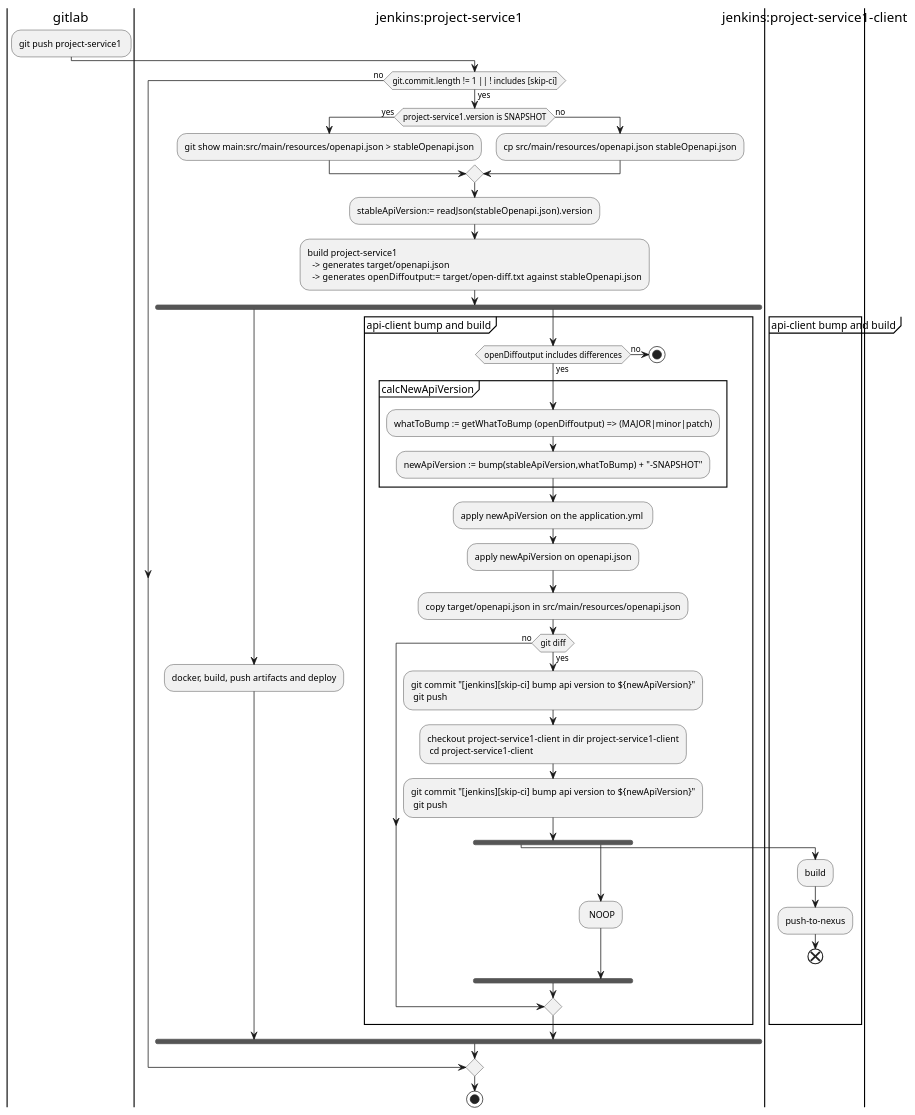
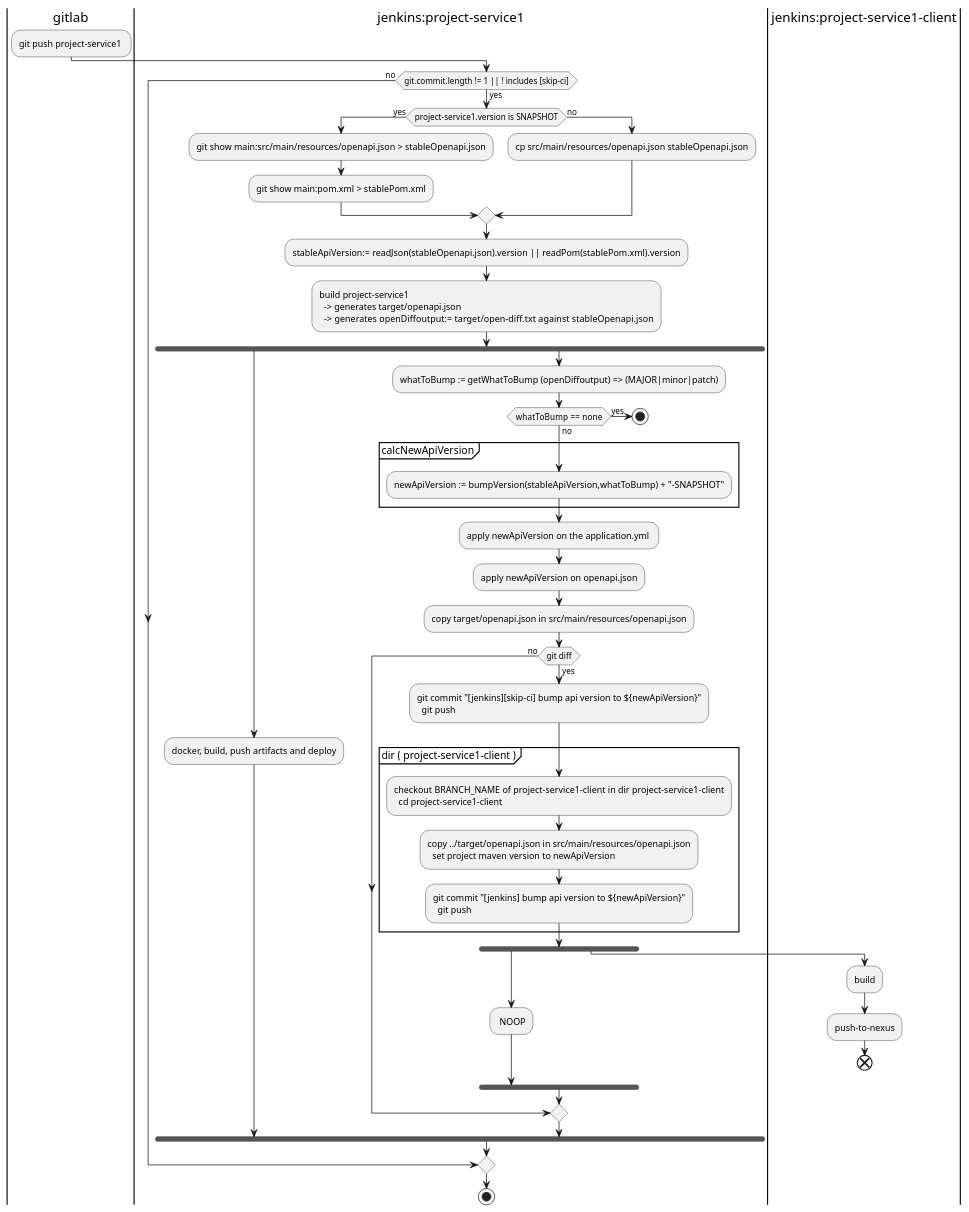
The diagram in demo-person-service/docs/client-generation-activity.puml (mauropanzeri/api-docs-automation), drawn with PlantUML before and after one commit. The commit also changed 1 other file, not shown here.

Commit message:
parse openapi diff

```diff
--- a/demo-person-service/docs/client-generation-activity.puml
+++ b/demo-person-service/docs/client-generation-activity.puml
@@ -1,53 +1,57 @@
 @startuml "client generation"
 |gitlab|
   :git push project-service1 ;
 |jenkins:project-service1|
   if(git.commit.length != 1 || ! includes [skip-ci]) then (yes)
     if(project-service1.version is SNAPSHOT) then (yes)
       :git show main:src/main/resources/openapi.json > stableOpenapi.json;
+      :git show main:pom.xml > stablePom.xml;
     else (no)
       :cp src/main/resources/openapi.json stableOpenapi.json;
     endif
-    :stableApiVersion:= readJson(stableOpenapi.json).version;
+    :stableApiVersion:= readJson(stableOpenapi.json).version || readPom(stablePom.xml).version;
     :build project-service1
       -> generates target/openapi.json 
       -> generates openDiffoutput:= target/open-diff.txt  against  stableOpenapi.json;
     fork
       :docker, build, push artifacts and deploy;
     fork again
-      partition api-client bump and build {
-        if(openDiffoutput includes differences) then (yes)
-          partition calcNewApiVersion{
-            :whatToBump := getWhatToBump (openDiffoutput) => (MAJOR|minor|patch);
-            :newApiVersion := bump(stableApiVersion,whatToBump) + "-SNAPSHOT";
+      :whatToBump := getWhatToBump (openDiffoutput) => (MAJOR|minor|patch);
+      if(whatToBump  == none) then (yes)
+        stop
+      else (no)
+        partition calcNewApiVersion{
+          :newApiVersion := bumpVersion(stableApiVersion,whatToBump) + "-SNAPSHOT";
+        }
+        :apply newApiVersion on the application.yml ;
+        :apply newApiVersion on openapi.json;  
+        :copy target/openapi.json in src/main/resources/openapi.json;
+        if(git diff) then (yes) 
+          :git commit "[jenkins][skip-ci] bump api version to ${newApiVersion}"
+            git push ;                    
+          partition dir ( project-service1-client ) {
+          :checkout BRANCH_NAME of project-service1-client in dir  project-service1-client 
+            cd project-service1-client;
+          :copy ../target/openapi.json in src/main/resources/openapi.json
+            set project maven version to newApiVersion;
+          :git commit "[jenkins] bump api version to ${newApiVersion}"
+            git push ;                    
           }
-          :apply newApiVersion on the application.yml ;
-          :apply newApiVersion on openapi.json;  
-          :copy target/openapi.json in src/main/resources/openapi.json;
-          if(git diff) then (yes) 
-            :git commit "[jenkins][skip-ci] bump api version to ${newApiVersion}"
-             git push ;                    
-            :checkout project-service1-client in dir  project-service1-client 
-             cd project-service1-client;
-            :git commit "[jenkins][skip-ci] bump api version to ${newApiVersion}"
-             git push ;                    
-            fork
-              |jenkins:project-service1-client|
-                :build;
-                :push-to-nexus;
-                end
-            fork again
-              |jenkins:project-service1|
-              : NOOP;
-            end fork
-          else (no)
-          endif
+          fork
+            |jenkins:project-service1|
+            : NOOP;
+          fork again
+            |jenkins:project-service1-client|
+              :build;
+              :push-to-nexus;
+              end
+            |jenkins:project-service1|
+          end fork
         else (no)
-          stop
         endif
-      }
+      endif
     end fork
   else (no)
   endif
   stop
 @enduml
```
